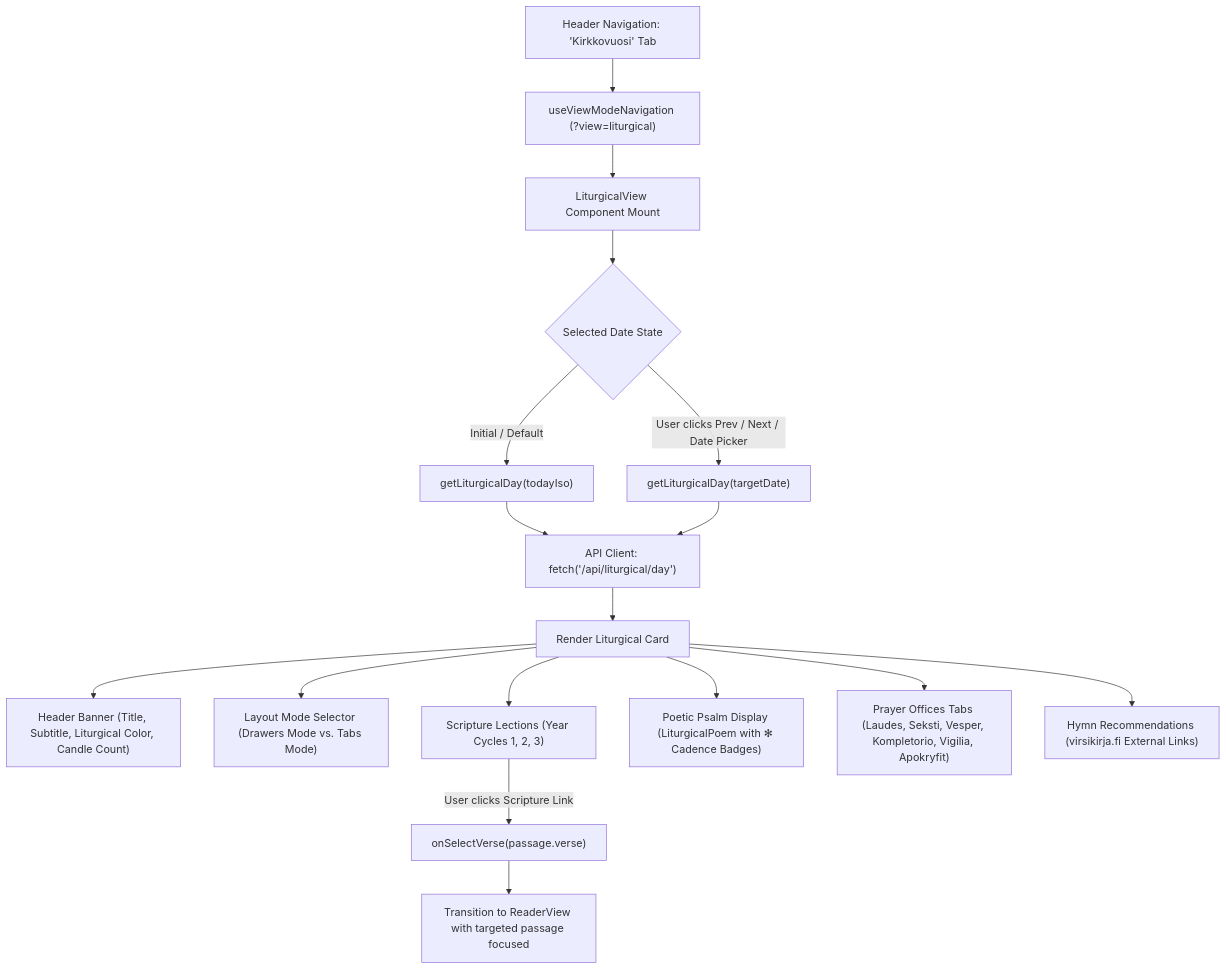
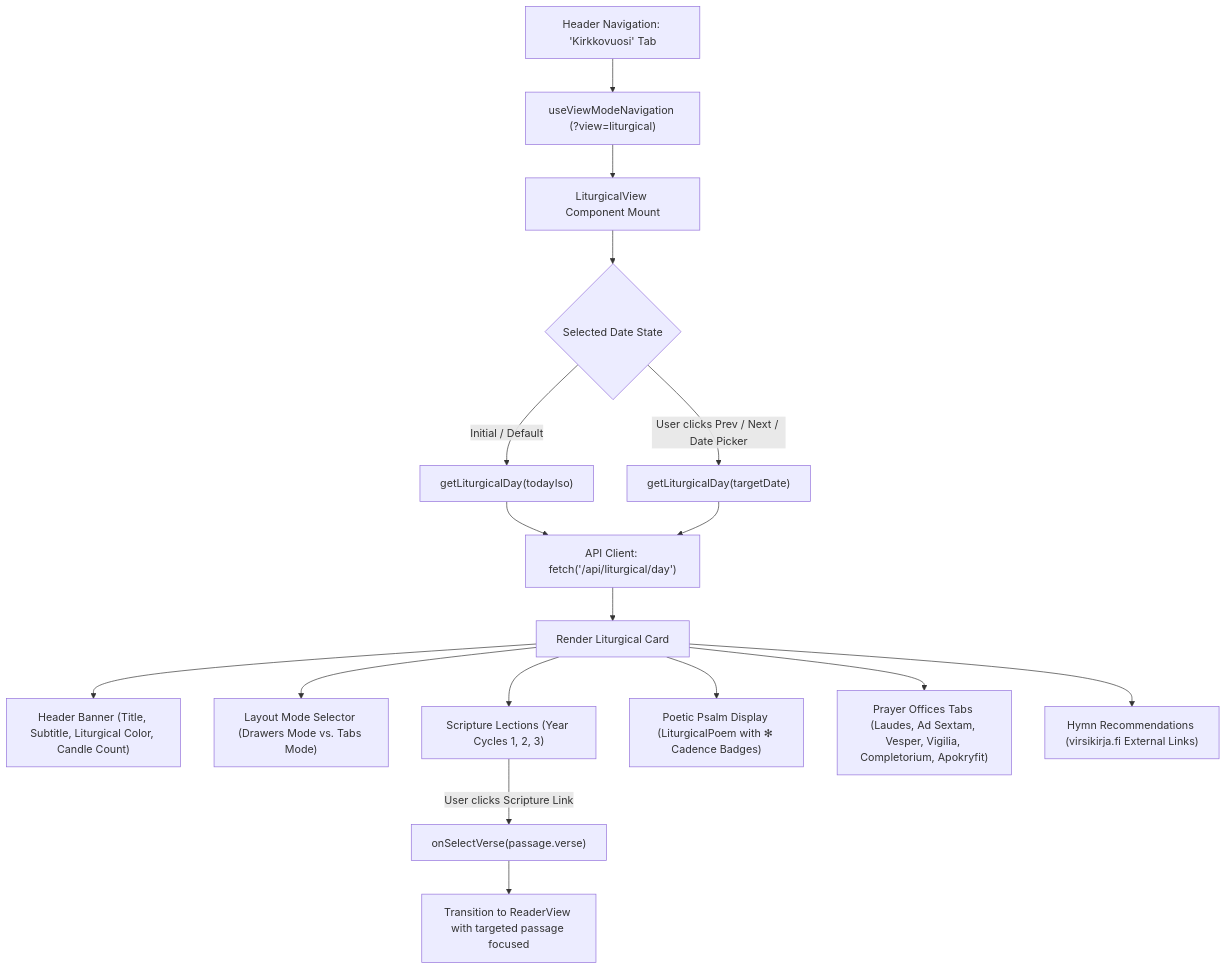
One commit to mvirtai/clible-v3-go changed the second of 2 diagrams in pr_stories/094-feat-church-year-liturgical-calendar-and-offices.md. Above: the diagram before and after it, drawn with Mermaid. The commit also changed other lines of this file, not shown here.

Commit message:
docs(pr): update liturgical calendar pr story with offices and view mode preferences

````diff
--- a/pr_stories/094-feat-church-year-liturgical-calendar-and-offices.md
+++ b/pr_stories/094-feat-church-year-liturgical-calendar-and-offices.md
@@ -74,20 +77,20 @@
 ```mermaid
 flowchart TD
     A["Header Navigation: 'Kirkkovuosi' Tab"] --> B["useViewModeNavigation (?view=liturgical)"]
     B --> C["LiturgicalView Component Mount"]
     C --> D{"Selected Date State"}
     D -->|Initial / Default| E["getLiturgicalDay(todayIso)"]
     D -->|User clicks Prev / Next / Date Picker| F["getLiturgicalDay(targetDate)"]
     E & F --> G["API Client: fetch('/api/liturgical/day')"]
     G --> H["Render Liturgical Card"]
 
     H --> I["Header Banner (Title, Subtitle, Liturgical Color, Candle Count)"]
     H --> J["Layout Mode Selector (Drawers Mode vs. Tabs Mode)"]
     H --> K["Scripture Lections (Year Cycles 1, 2, 3)"]
     H --> L["Poetic Psalm Display (LiturgicalPoem with ✻ Cadence Badges)"]
-    H --> M["Prayer Offices Tabs (Laudes, Seksti, Vesper, Kompletorio, Vigilia, Apokryfit)"]
+    H --> M["Prayer Offices Tabs (Laudes, Ad Sextam, Vesper, Vigilia, Completorium, Apokryfit)"]
     H --> N["Hymn Recommendations (virsikirja.fi External Links)"]
 
     K -->|User clicks Scripture Link| O["onSelectVerse(passage.verse)"]
     O --> P["Transition to ReaderView with targeted passage focused"]
 ```
````
